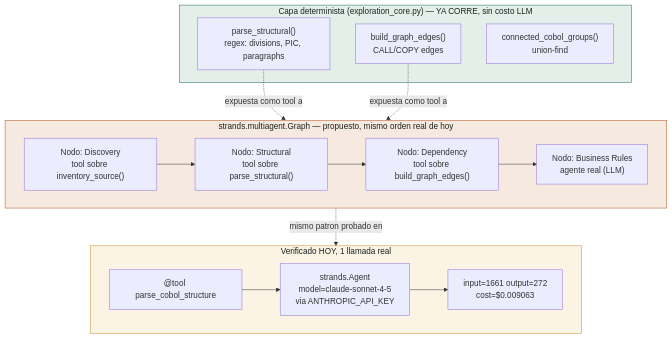
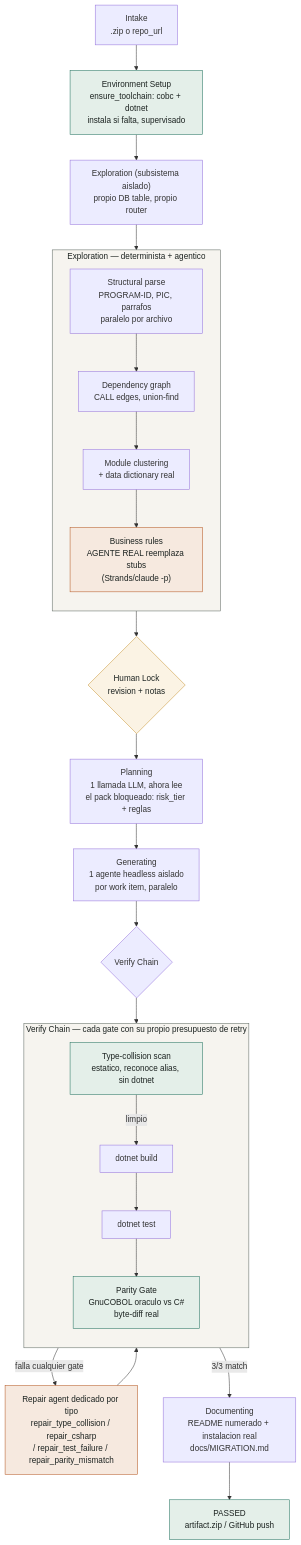
One commit to CreAI-mx/cobalt-cobol-migration changed the diagram in docs/ARCHITECTURE.md. Above: the diagram before and after it, drawn with Mermaid. The commit also changed other lines of this file and 30 other files, not shown here.

Commit message:
Styling graph refacor

````diff
--- a/docs/ARCHITECTURE.md
+++ b/docs/ARCHITECTURE.md
@@ -47,32 +3,43 @@
 ```mermaid
-flowchart TB
-    subgraph DETERMINISTIC["Capa determinista (exploration_core.py) — YA CORRE, sin costo LLM"]
-        PARSE["parse_structural()<br/>regex: divisions, PIC, paragraphs"]
-        GRAPH["build_graph_edges()<br/>CALL/COPY edges"]
-        CLUSTER["connected_cobol_groups()<br/>union-find"]
+flowchart TD
+    A["Intake<br/>.zip o repo_url"] --> B["Environment Setup<br/>ensure_toolchain: cobc + dotnet<br/>instala si falta, supervisado"]
+    B --> C["Exploration (subsistema aislado)<br/>propio DB table, propio router"]
+
+    subgraph EXPL["Exploration — determinista + agentico"]
+        direction TB
+        C1["Structural parse<br/>PROGRAM-ID, PIC, parrafos<br/>paralelo por archivo"]
+        C2["Dependency graph<br/>CALL edges, union-find"]
+        C3["Module clustering<br/>+ data dictionary real"]
+        C4["Business rules<br/>AGENTE REAL reemplaza stubs<br/>(Strands/claude -p)"]
+        C1 --> C2 --> C3 --> C4
     end
+    C --> EXPL
+    EXPL --> D{"Human Lock<br/>revision + notas"}
+    D --> E["Planning<br/>1 llamada LLM, ahora lee<br/>el pack bloqueado: risk_tier + reglas"]
+    E --> F["Generating<br/>1 agente headless aislado<br/>por work item, paralelo"]
+    F --> G{"Verify Chain"}
 
-    subgraph STRANDS_GRAPH["strands.multiagent.Graph — propuesto, mismo orden real de hoy"]
-        direction LR
-        N1["Nodo: Discovery<br/>tool sobre inventory_source()"]
-        N2["Nodo: Structural<br/>tool sobre parse_structural()"]
-        N3["Nodo: Dependency<br/>tool sobre build_graph_edges()"]
-        N4["Nodo: Business Rules<br/>agente real (LLM)"]
-        N1 --> N2 --> N3 --> N4
+    subgraph VERIFY["Verify Chain — cada gate con su propio presupuesto de retry"]
+        direction TB
+        G1["Type-collision scan<br/>estatico, reconoce alias, sin dotnet"]
+        G2["dotnet build"]
+        G3["dotnet test"]
+        G4["Parity Gate<br/>GnuCOBOL oraculo vs C#<br/>byte-diff real"]
+        G1 -->|limpio| G2 --> G3 --> G4
     end
+    G --> VERIFY
+    VERIFY -->|falla cualquier gate| R["Repair agent dedicado por tipo<br/>repair_type_collision / repair_csharp<br/>/ repair_test_failure / repair_parity_mismatch"]
+    R --> VERIFY
+    VERIFY -->|3/3 match| H["Documenting<br/>README numerado + instalacion real<br/>docs/MIGRATION.md"]
+    H --> I["PASSED<br/>artifact.zip / GitHub push"]
 
-    subgraph VERIFIED["Verificado HOY, 1 llamada real"]
-        TOOL["@tool parse_cobol_structure"]
-        AGENT["strands.Agent<br/>model=claude-sonnet-4-5<br/>via ANTHROPIC_API_KEY"]
-        TOOL --> AGENT
-        AGENT --> COST["input=1661 output=272<br/>cost=$0.009063"]
-    end
-
-    PARSE -.expuesta como tool a.-> N2
-    GRAPH -.expuesta como tool a.-> N3
-    N2 -.mismo patron probado en.-> VERIFIED
-
-    style DETERMINISTIC fill:#e4efe9,stroke:#1f6f5c,color:#1c2321
-    style STRANDS_GRAPH fill:#f6e9df,stroke:#b3541e,color:#1c2321
-    style VERIFIED fill:#fbf3e4,stroke:#c8932e,color:#1c2321
+    style B fill:#e4efe9,stroke:#1f6f5c,color:#1c2321
+    style EXPL fill:#f6f4ef,stroke:#5a655f,color:#1c2321
+    style C4 fill:#f6e9df,stroke:#b3541e,color:#1c2321
+    style D fill:#fbf3e4,stroke:#c8932e,color:#1c2321
+    style VERIFY fill:#f6f4ef,stroke:#5a655f,color:#1c2321
+    style G1 fill:#e4efe9,stroke:#1f6f5c,color:#1c2321
+    style G4 fill:#e4efe9,stroke:#1f6f5c,color:#1c2321
+    style R fill:#f6e9df,stroke:#b3541e,color:#1c2321
+    style I fill:#e4efe9,stroke:#1f6f5c,color:#1c2321
 ```
````
